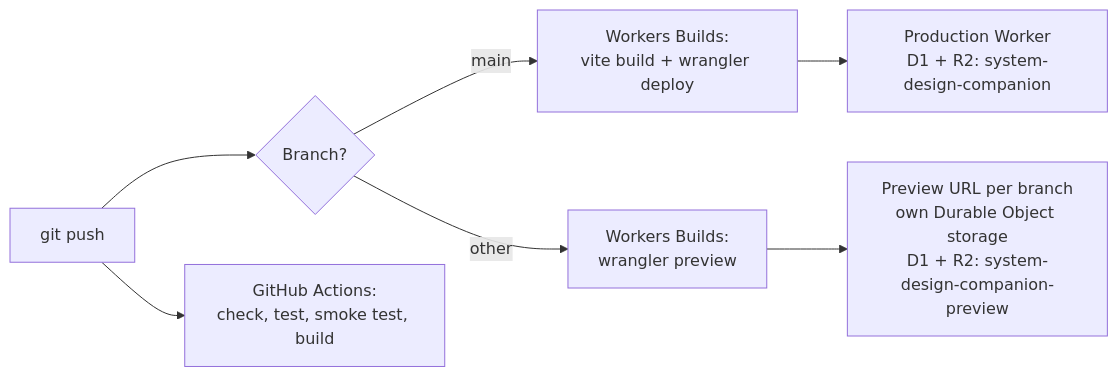
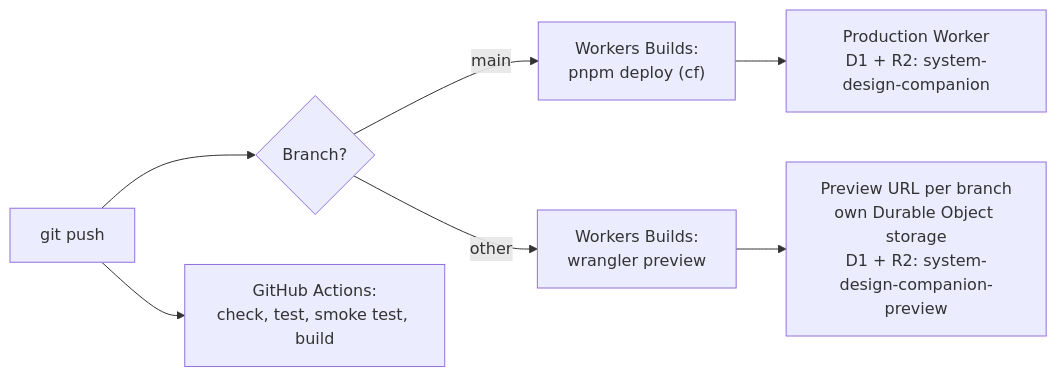
The eighth of 8 diagrams in docs/design.md (aranlucas/system-design-companion), drawn with Mermaid before and after one commit. The commit also changed other lines of this file and 8 other files, not shown here.

````diff
--- a/docs/design.md
+++ b/docs/design.md
@@ -300,7 +300,7 @@
 ```mermaid
 flowchart LR
     Push["git push"] --> Branch{"Branch?"}
-    Branch -- main --> Deploy["Workers Builds:<br/>vite build + wrangler deploy"] --> Prod["Production Worker<br/>D1 + R2: system-design-companion"]
+    Branch -- main --> Deploy["Workers Builds:<br/>pnpm deploy (cf)"] --> Prod["Production Worker<br/>D1 + R2: system-design-companion"]
     Branch -- other --> Preview["Workers Builds:<br/>wrangler preview"] --> PrevWorker["Preview URL per branch<br/>own Durable Object storage<br/>D1 + R2: system-design-companion-preview"]
     Push --> CI["GitHub Actions:<br/>check, test, smoke test, build"]
 ```
````
